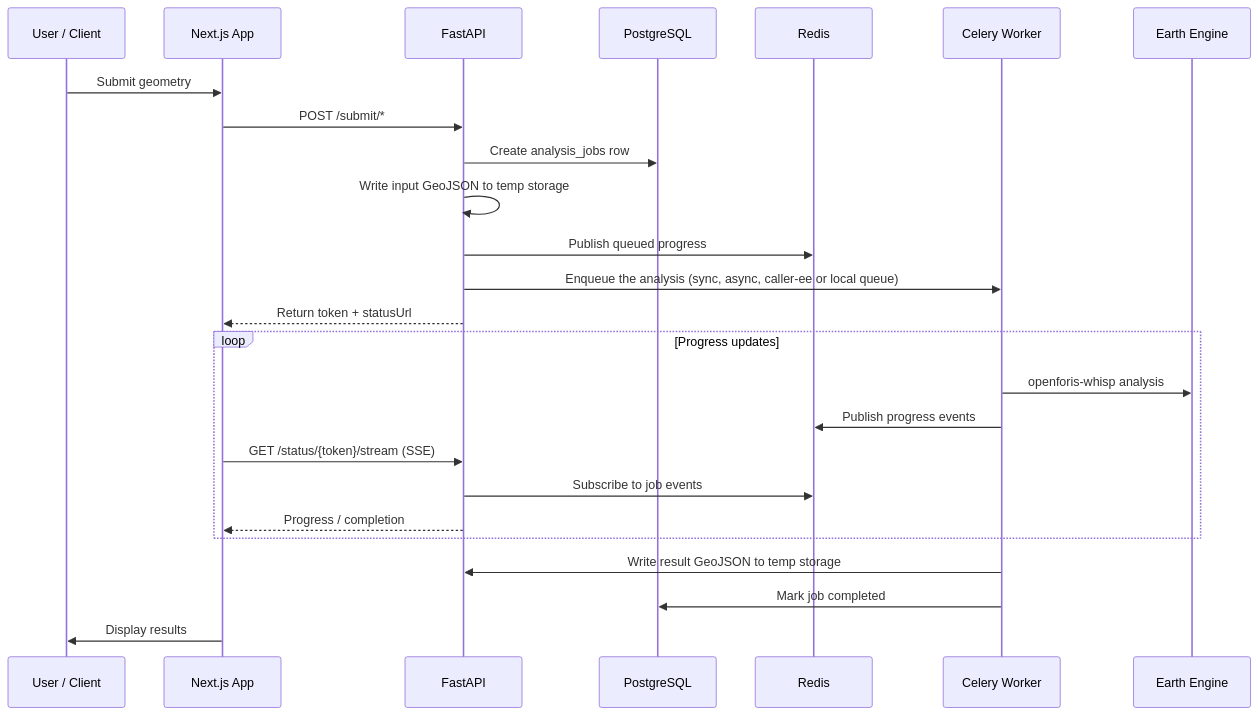
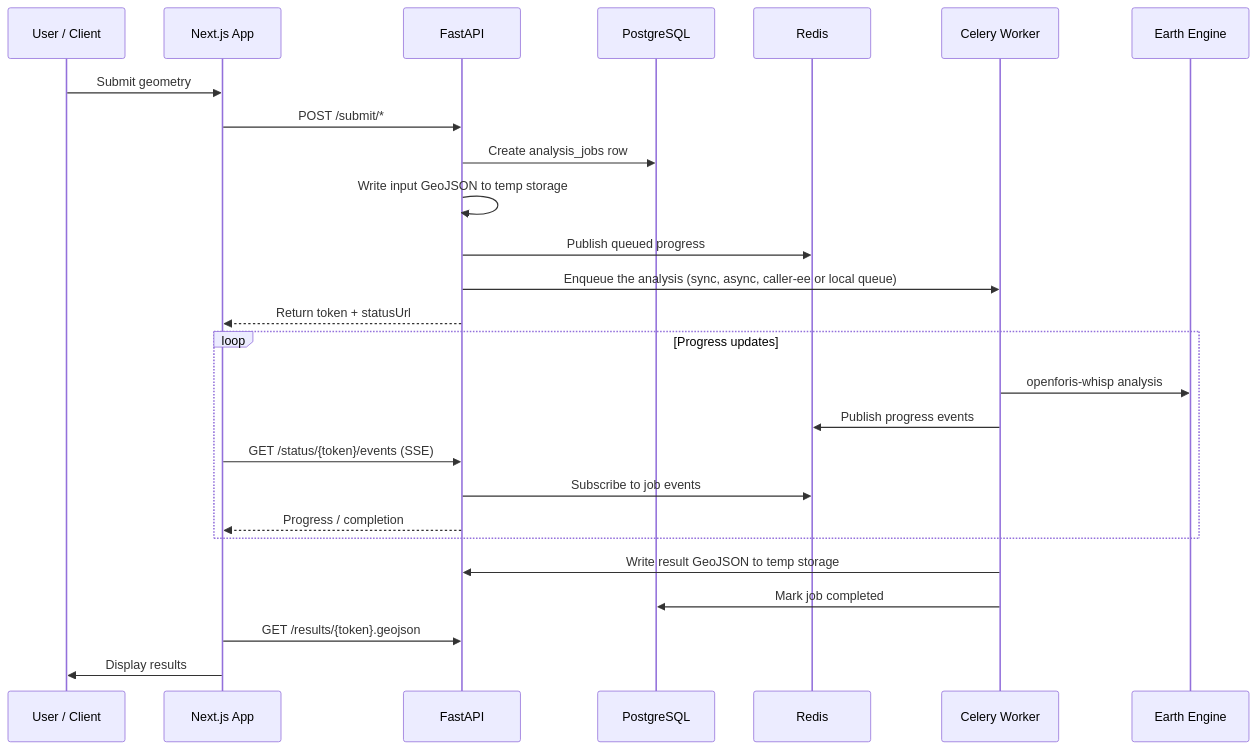
One commit to forestdatapartnership/whisp-app changed the second of 3 diagrams in README.md. Above: the diagram before and after it, drawn with Mermaid. The commit also changed other lines of this file and 5 other files, not shown here.

Commit message:
refactor status API endpoints and update README for event streaming; #210

````diff
--- a/README.md
+++ b/README.md
@@ -102,30 +102,31 @@
 ```mermaid
 sequenceDiagram
     participant U as User / Client
     participant APP as Next.js App
     participant API as FastAPI
     participant DB as PostgreSQL
     participant R as Redis
     participant W as Celery Worker
     participant GEE as Earth Engine
 
     U->>APP: Submit geometry
     APP->>API: POST /submit/*
     API->>DB: Create analysis_jobs row
     API->>API: Write input GeoJSON to temp storage
     API->>R: Publish queued progress
     API->>W: Enqueue the analysis (sync, async, caller-ee or local queue)
     API-->>APP: Return token + statusUrl
 
     loop Progress updates
         W->>GEE: openforis-whisp analysis
         W->>R: Publish progress events
-        APP->>API: GET /status/{token}/stream (SSE)
+        APP->>API: GET /status/{token}/events (SSE)
         API->>R: Subscribe to job events
         API-->>APP: Progress / completion
     end
 
     W->>API: Write result GeoJSON to temp storage
     W->>DB: Mark job completed
+    APP->>API: GET /results/{token}.geojson
     APP->>U: Display results
 ```
````
